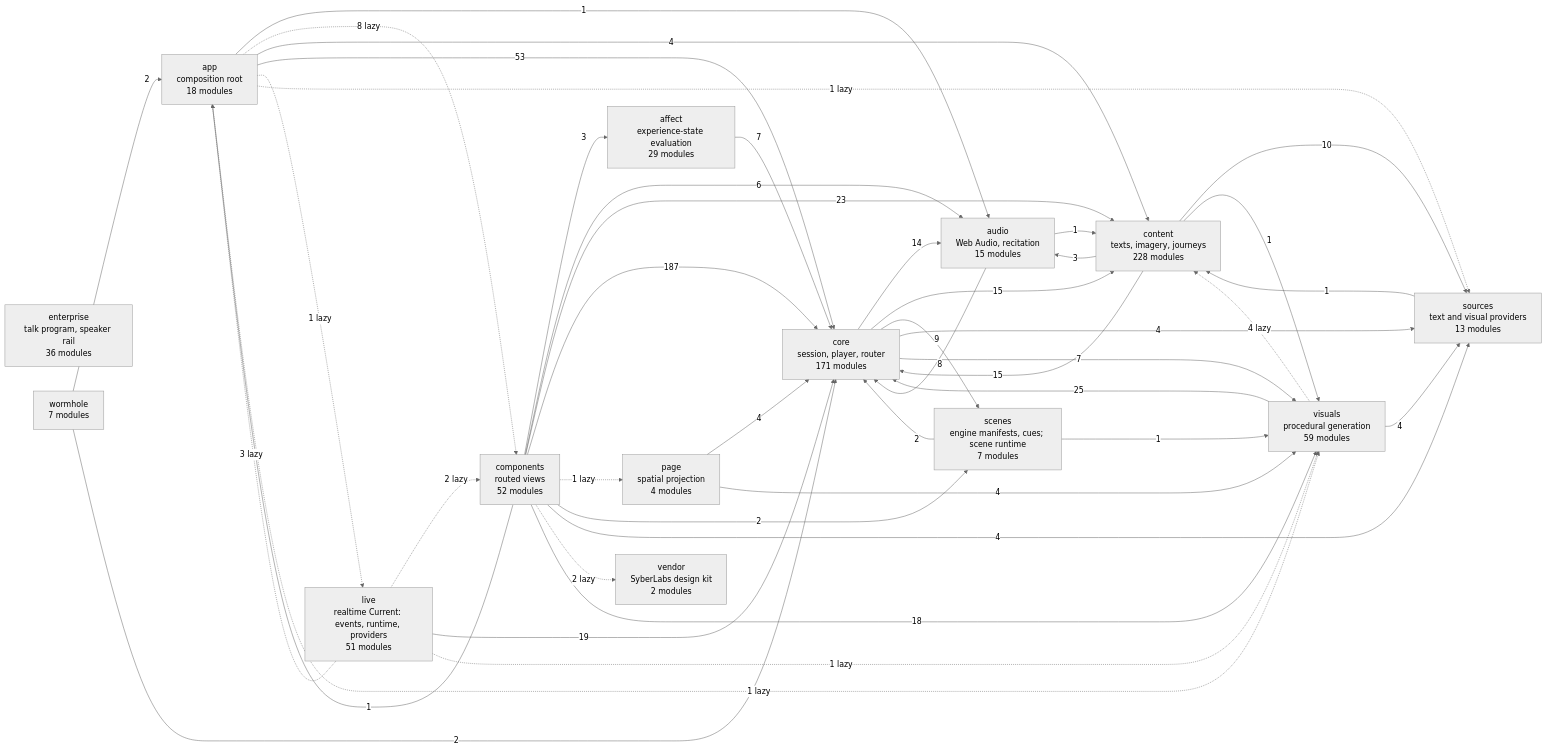
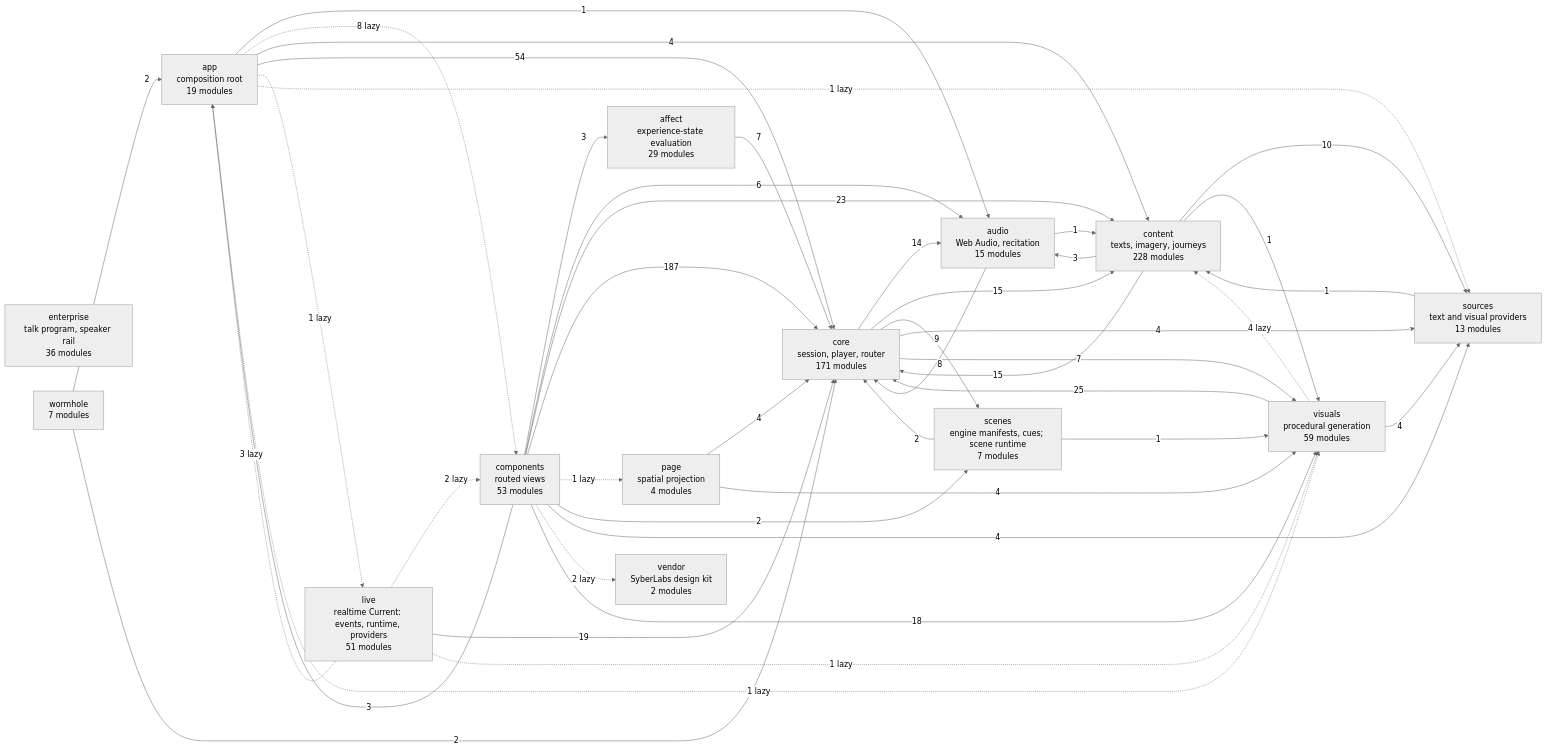
Before and after one commit to SyberLabs/RISE: the diagram in docs/specs/ARCHITECTURE.md, drawn with Mermaid (neutral theme). The commit also changed 19 other files, not shown here.

````diff
--- a/docs/specs/ARCHITECTURE.md
+++ b/docs/specs/ARCHITECTURE.md
@@ -161,61 +161,61 @@
 ```mermaid
 flowchart LR
     affect["affect<br/>experience-state evaluation<br/>29 modules"]
-    app["app<br/>composition root<br/>18 modules"]
+    app["app<br/>composition root<br/>19 modules"]
     audio["audio<br/>Web Audio, recitation<br/>15 modules"]
-    components["components<br/>routed views<br/>52 modules"]
+    components["components<br/>routed views<br/>53 modules"]
     content["content<br/>texts, imagery, journeys<br/>228 modules"]
     core["core<br/>session, player, router<br/>171 modules"]
     enterprise["enterprise<br/>talk program, speaker rail<br/>36 modules"]
     live["live<br/>realtime Current: events, runtime, providers<br/>51 modules"]
     page["page<br/>spatial projection<br/>4 modules"]
     scenes["scenes<br/>engine manifests, cues; scene runtime<br/>7 modules"]
     sources["sources<br/>text and visual providers<br/>13 modules"]
     vendor["vendor<br/>SyberLabs design kit<br/>2 modules"]
     visuals["visuals<br/>procedural generation<br/>59 modules"]
     wormhole["wormhole<br/>7 modules"]
 
     affect --> |7| core
     app --> |1| audio
     app -.-> |8 lazy| components
     app --> |4| content
-    app --> |53| core
+    app --> |54| core
     app -.-> |1 lazy| live
     app -.-> |1 lazy| sources
     app -.-> |1 lazy| visuals
     audio --> |1| content
     audio --> |8| core
     components --> |3| affect
-    components --> |1| app
+    components --> |3| app
     components --> |6| audio
     components --> |23| content
     components --> |187| core
     components -.-> |1 lazy| page
     components --> |2| scenes
     components --> |4| sources
     components -.-> |2 lazy| vendor
     components --> |18| visuals
     content --> |3| audio
     content --> |15| core
     content --> |10| sources
     content --> |1| visuals
     core --> |14| audio
     core --> |15| content
     core --> |9| scenes
     core --> |4| sources
     core --> |7| visuals
     live -.-> |3 lazy| app
     live -.-> |2 lazy| components
     live --> |19| core
     live -.-> |1 lazy| visuals
     page --> |4| core
     page --> |4| visuals
     scenes --> |2| core
     scenes --> |1| visuals
     sources --> |1| content
     visuals -.-> |4 lazy| content
     visuals --> |25| core
     visuals --> |4| sources
     wormhole --> |2| app
     wormhole --> |2| core
 ```
````
